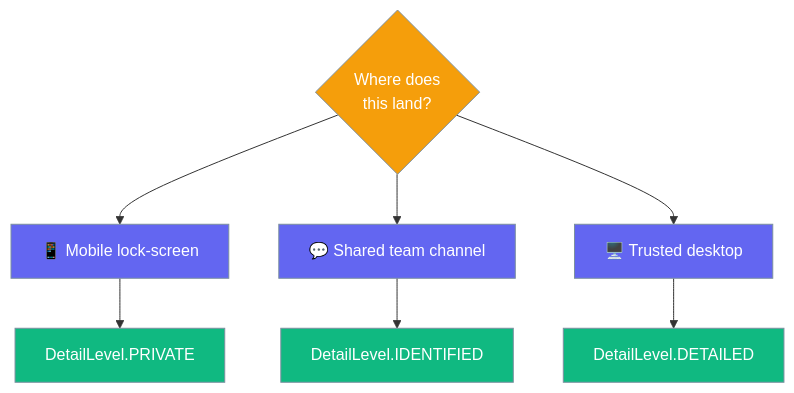
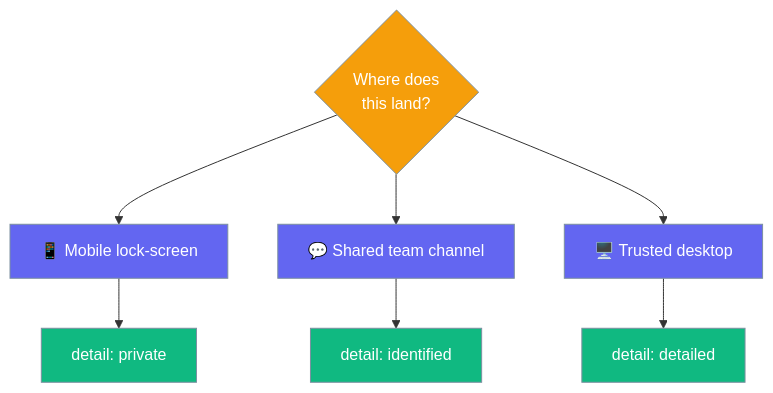
Before and after one commit to MervinPraison/PraisonAIDocs: the sixth of 8 diagrams in docs/features/gateway-notification-policy.mdx, drawn with Mermaid. The commit also changed other lines of this file and 2 other files, not shown here.

````diff
--- a/docs/features/gateway-notification-policy.mdx
+++ b/docs/features/gateway-notification-policy.mdx
@@ -218,16 +249,16 @@
 ```mermaid
 graph TB
     Start{Where does<br/>this land?} --> Mobile[📱 Mobile lock-screen]
     Start --> Channel[💬 Shared team channel]
     Start --> Desktop[🖥️ Trusted desktop]
-    Mobile --> P[DetailLevel.PRIVATE]
-    Channel --> I[DetailLevel.IDENTIFIED]
-    Desktop --> D[DetailLevel.DETAILED]
+    Mobile --> P[detail: private]
+    Channel --> I[detail: identified]
+    Desktop --> D[detail: detailed]
 
     classDef q fill:#F59E0B,stroke:#7C90A0,color:#fff
     classDef surface fill:#6366F1,stroke:#7C90A0,color:#fff
     classDef out fill:#10B981,stroke:#7C90A0,color:#fff
     class Start q
     class Mobile,Channel,Desktop surface
     class P,I,D out
 ```
````
